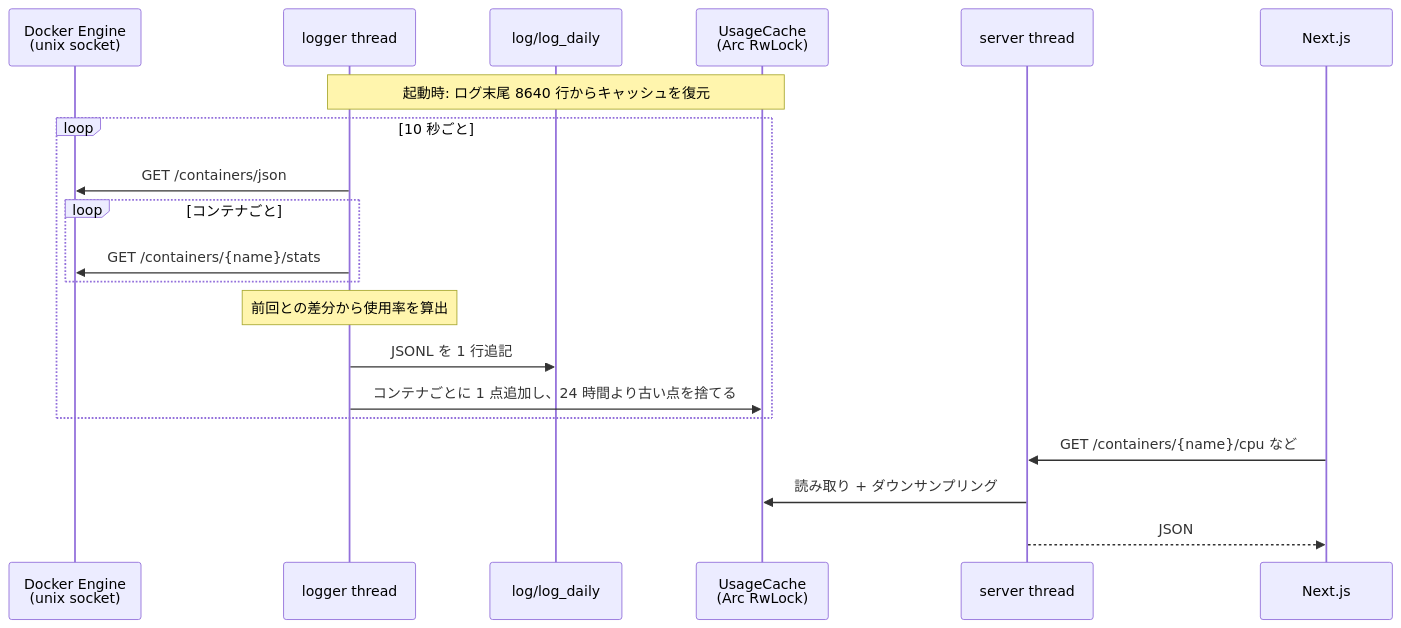
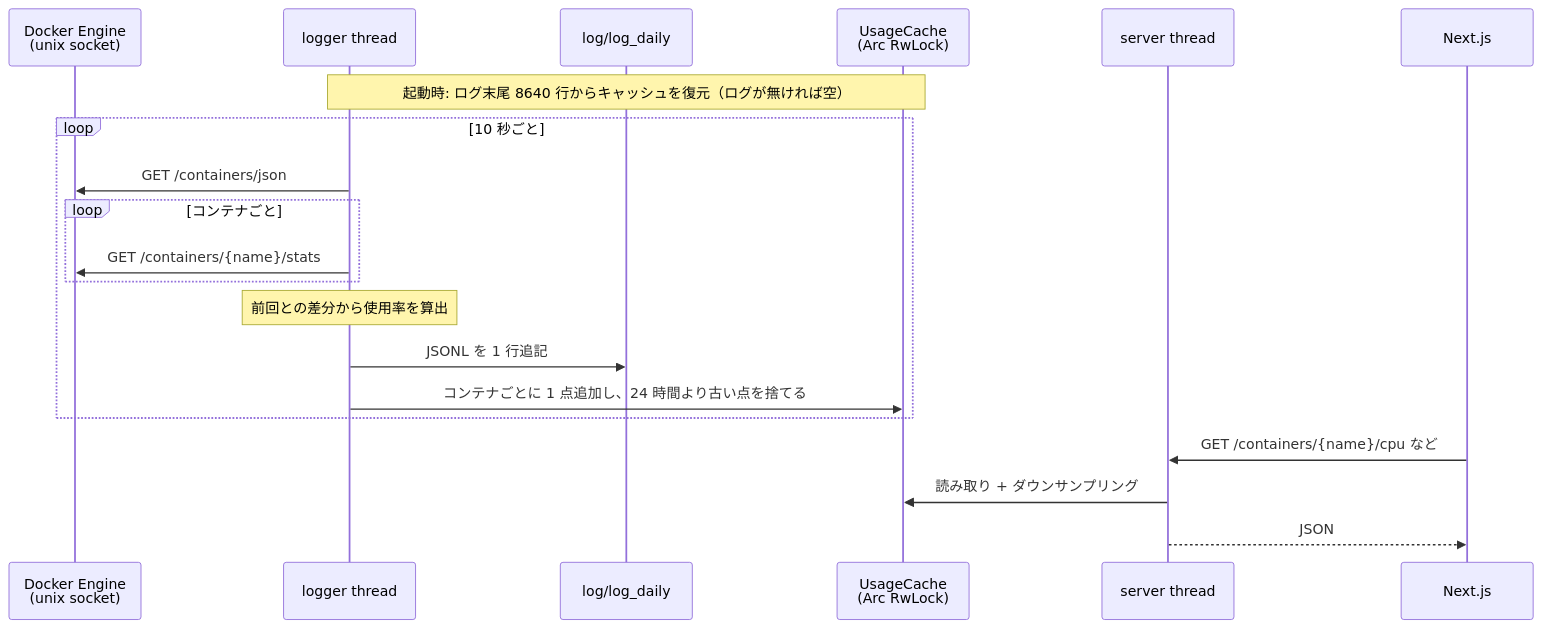
One commit to Daiius/cephylas changed the second of 2 diagrams in core/README.md. Above: the diagram before and after it, drawn with Mermaid. The commit also changed 1 other file, not shown here.

Commit message:
docs(prd): logger の継続と前回値の持ち越し、復元の既知の制約を追記
§収集・§使用率の算出・§キャッシュに挙動を書き、§gap にキャッシュと復元の制約を足す。

````diff
--- a/core/README.md
+++ b/core/README.md
@@ -53,25 +53,25 @@
 ```mermaid
 sequenceDiagram
     participant docker as Docker Engine<br/>(unix socket)
     participant logger as logger thread
     participant log as log/log_daily
     participant cache as UsageCache<br/>(Arc RwLock)
     participant server as server thread
     participant web as Next.js
 
-    note over logger,cache : 起動時: ログ末尾 8640 行からキャッシュを復元
+    note over logger,cache : 起動時: ログ末尾 8640 行からキャッシュを復元（ログが無ければ空）
 
     loop 10 秒ごと
         logger ->> docker : GET /containers/json
         loop コンテナごと
             logger ->> docker : GET /containers/{name}/stats
         end
         note over logger : 前回との差分から使用率を算出
         logger ->> log : JSONL を 1 行追記
         logger ->> cache : コンテナごとに 1 点追加し、24 時間より古い点を捨てる
     end
 
     web ->> server : GET /containers/{name}/cpu など
     server ->> cache : 読み取り + ダウンサンプリング
     server -->> web : JSON
 ```
````
